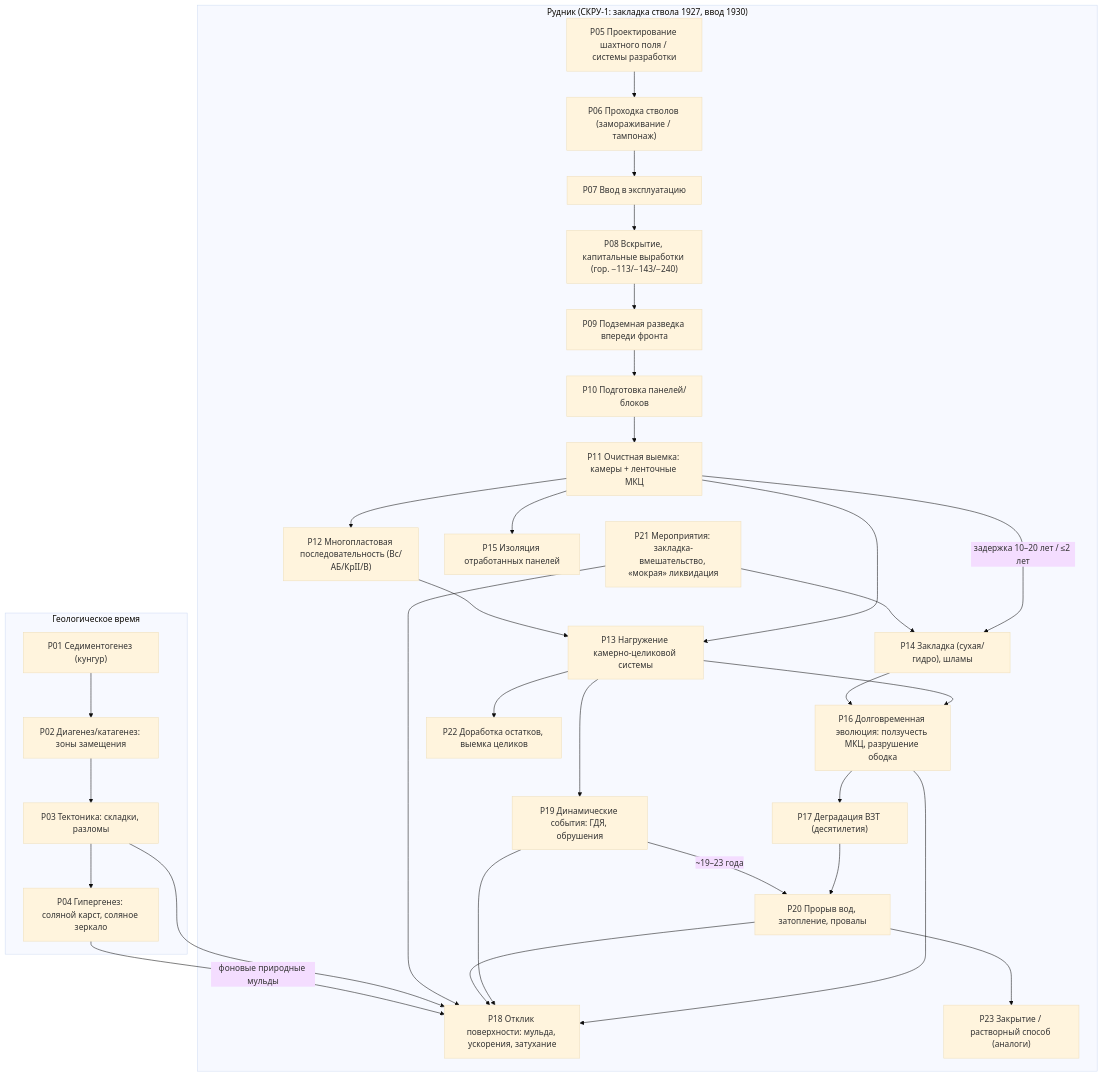
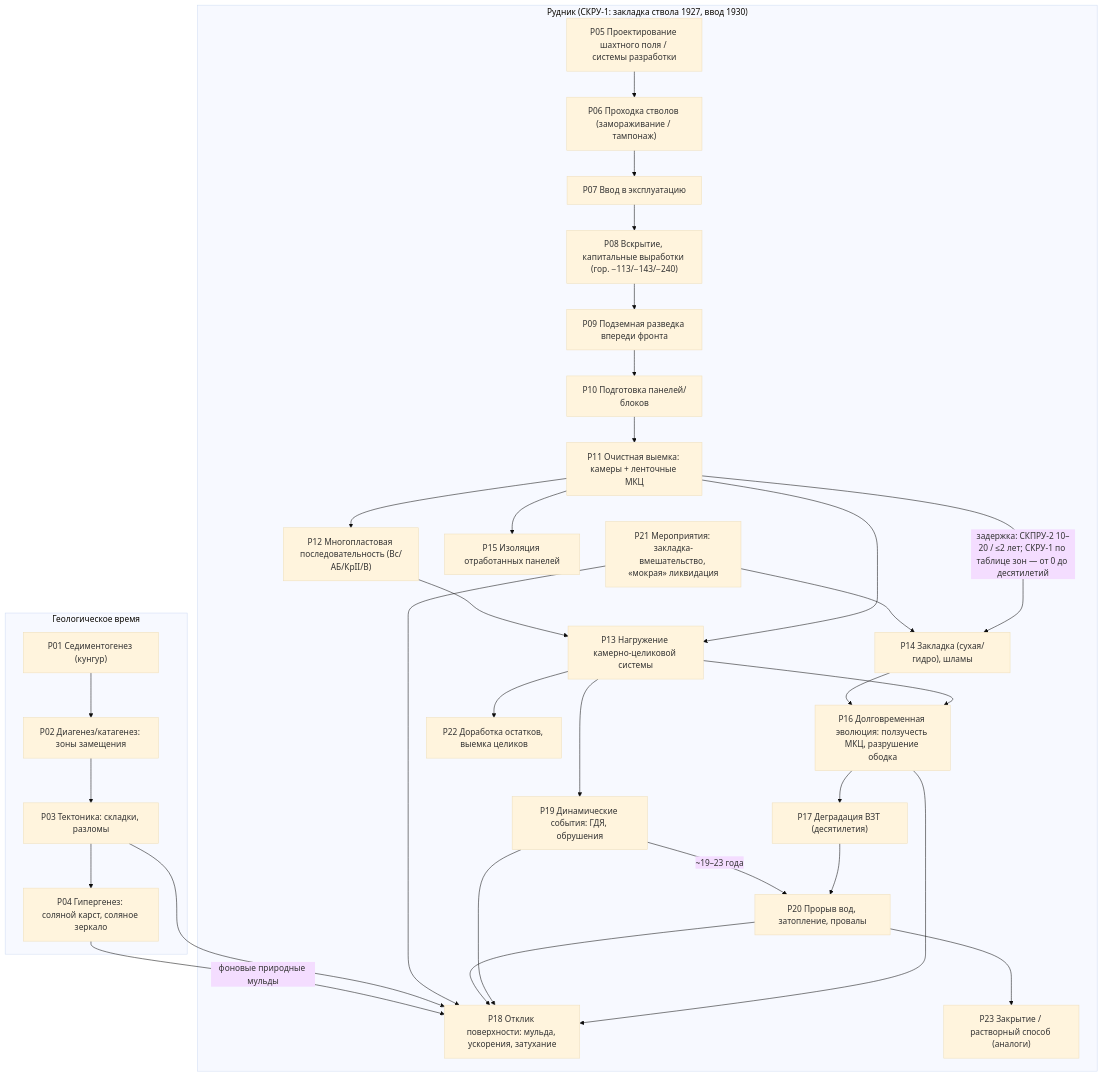
The first of 2 diagrams in docs/science/MINE_LIFECYCLE_AND_INFORMATION_FLOW_RU.md (SUKUNA-AI/vkm-subsidence-forecasting), drawn with Mermaid (base theme) before and after one commit. The commit also changed other lines of this file and 11 other files, not shown here.

````diff
--- a/docs/science/MINE_LIFECYCLE_AND_INFORMATION_FLOW_RU.md
+++ b/docs/science/MINE_LIFECYCLE_AND_INFORMATION_FLOW_RU.md
@@ -58,36 +65,36 @@
 ```mermaid
 flowchart TD
   subgraph GEO["Геологическое время"]
     P01["P01 Седиментогенез (кунгур)"] --> P02["P02 Диагенез/катагенез: зоны замещения"]
     P02 --> P03["P03 Тектоника: складки, разломы"]
     P03 --> P04["P04 Гипергенез: соляной карст, соляное зеркало"]
   end
   subgraph MINE["Рудник (СКРУ-1: закладка ствола 1927, ввод 1930)"]
     P05["P05 Проектирование шахтного поля / системы разработки"] --> P06["P06 Проходка стволов (замораживание / тампонаж)"]
     P06 --> P07["P07 Ввод в эксплуатацию"]
     P07 --> P08["P08 Вскрытие, капитальные выработки (гор. −113/−143/−240)"]
     P08 --> P09["P09 Подземная разведка впереди фронта"]
     P09 --> P10["P10 Подготовка панелей/блоков"]
     P10 --> P11["P11 Очистная выемка: камеры + ленточные МКЦ"]
     P11 --> P12["P12 Многопластовая последовательность (Вс/АБ/КрII/В)"]
     P11 --> P13["P13 Нагружение камерно-целиковой системы"]
     P12 --> P13
-    P11 -->|"задержка 10–20 лет / ≤2 лет"| P14["P14 Закладка (сухая/гидро), шламы"]
+    P11 -->|"задержка: СКПРУ-2 10–20 / ≤2 лет; СКРУ-1 по таблице зон — от 0 до десятилетий"| P14["P14 Закладка (сухая/гидро), шламы"]
     P11 --> P15["P15 Изоляция отработанных панелей"]
     P13 --> P16["P16 Долговременная эволюция: ползучесть МКЦ, разрушение ободка"]
     P14 --> P16
     P16 --> P18["P18 Отклик поверхности: мульда, ускорения, затухание"]
     P16 --> P17["P17 Деградация ВЗТ (десятилетия)"]
     P13 --> P19["P19 Динамические события: ГДЯ, обрушения"]
     P19 --> P18
     P17 --> P20["P20 Прорыв вод, затопление, провалы"]
     P19 -->|"~19–23 года"| P20
     P20 --> P18
     P21["P21 Мероприятия: закладка-вмешательство, «мокрая» ликвидация"] --> P18
     P21 --> P14
     P13 --> P22["P22 Доработка остатков, выемка целиков"]
     P20 --> P23["P23 Закрытие / растворный способ (аналоги)"]
   end
   P03 --> P18
   P04 -->|"фоновые природные мульды"| P18
 ```
````
